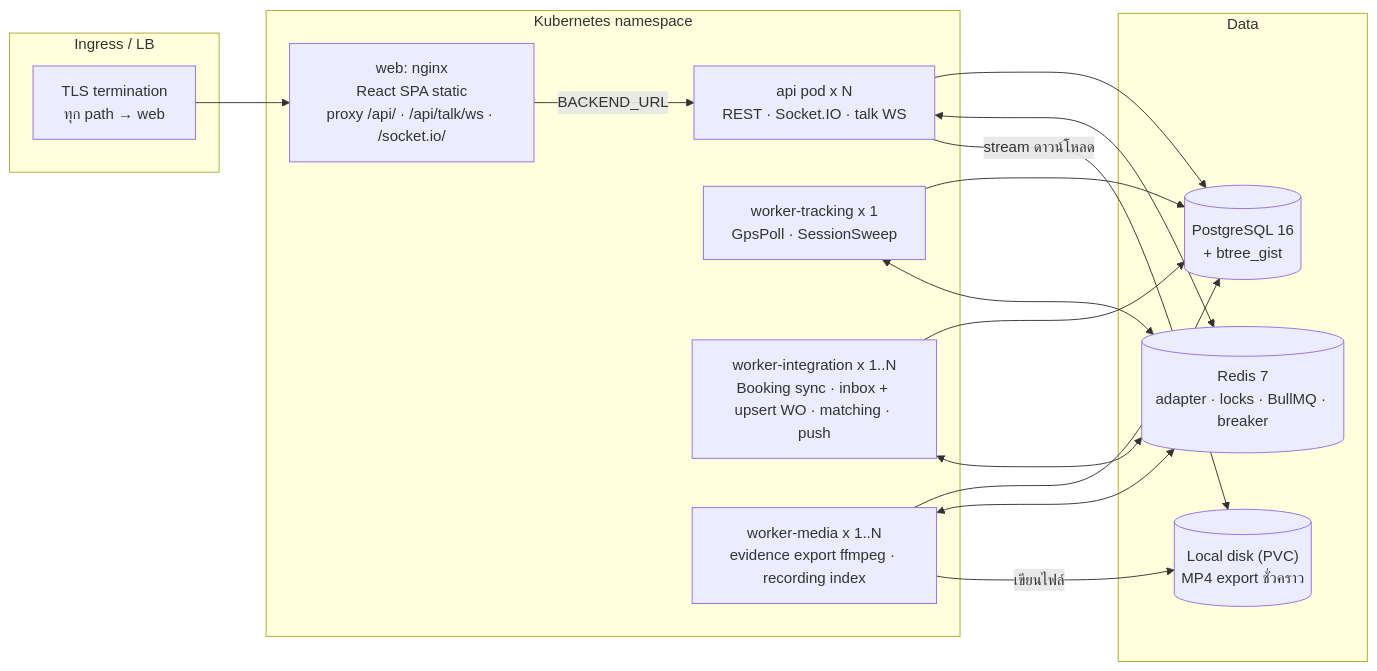
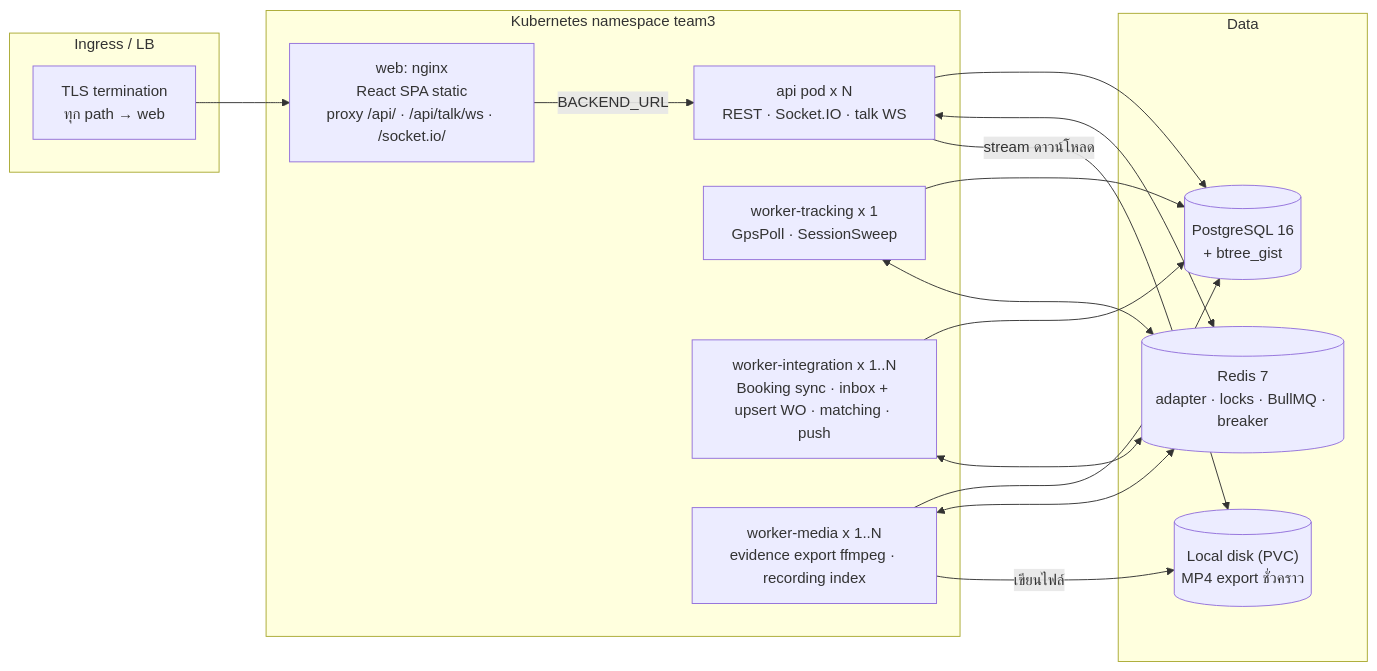
Before and after one commit to b-werayut/psd-bodycam-v1.0: the second of 6 diagrams in docs/blueprint/02-system-architecture.md, drawn with Mermaid. The commit also changed other lines of this file and 11 other files, not shown here.

````diff
--- a/docs/blueprint/02-system-architecture.md
+++ b/docs/blueprint/02-system-architecture.md
@@ -61,30 +61,30 @@
 ```mermaid
 flowchart LR
   subgraph Edge["Ingress / LB"]
     ING["TLS termination<br/>ทุก path → web"]
   end
-  subgraph App["Kubernetes namespace"]
+  subgraph App["Kubernetes namespace team3"]
     SPA["web: nginx<br/>React SPA static<br/>proxy /api/ · /api/talk/ws · /socket.io/"]
     API1["api pod x N<br/>REST · Socket.IO · talk WS"]
     WT["worker-tracking x 1<br/>GpsPoll · SessionSweep"]
     WI["worker-integration x 1..N<br/>Booking sync · inbox + upsert WO · matching · push"]
     WM["worker-media x 1..N<br/>evidence export ffmpeg · recording index"]
   end
   subgraph Data["Data"]
     PG[("PostgreSQL 16<br/>+ btree_gist")]
     RD[("Redis 7<br/>adapter · locks · BullMQ · breaker")]
     FS[("Local disk (PVC)<br/>MP4 export ชั่วคราว")]
   end
   ING --> SPA
   SPA -- "BACKEND_URL" --> API1
   API1 --> PG
   API1 <--> RD
   WT --> PG
   WT <--> RD
   WI --> PG
   WI <--> RD
   WM --> PG
   WM <--> RD
   WM -- "เขียนไฟล์" --> FS
   API1 -- "stream ดาวน์โหลด" --> FS
 ```
````
